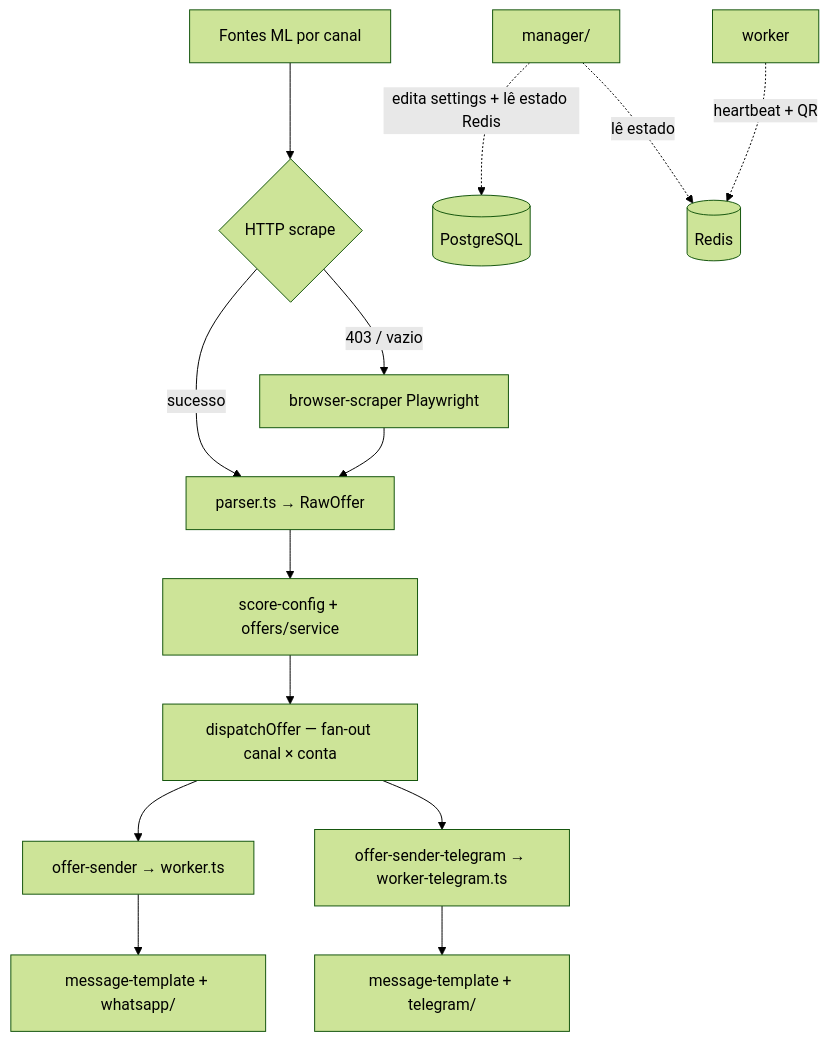
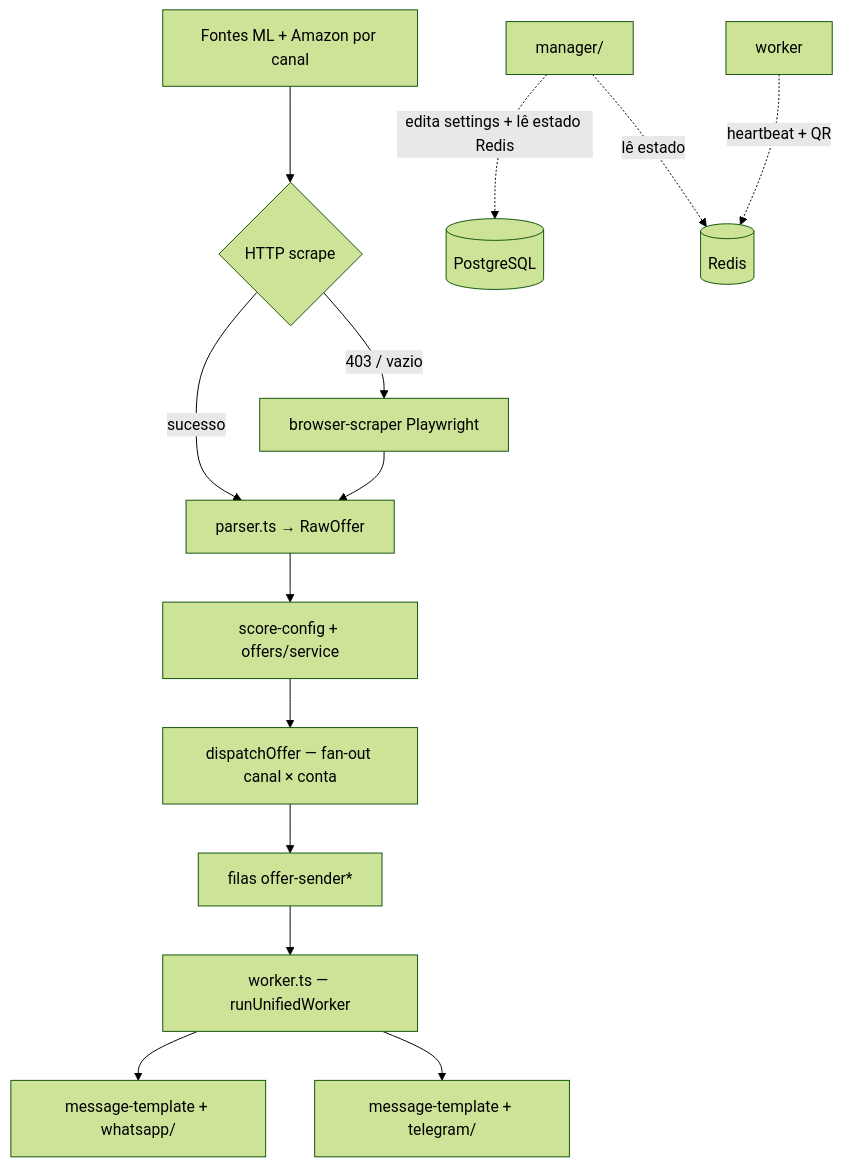
Before and after one commit to YoungC0DE/radar-ofertas: the diagram in .cursor/docs/architecture.md, drawn with Mermaid (forest theme). The commit also changed other lines of this file and 147 other files, not shown here.

````diff
--- a/.cursor/docs/architecture.md
+++ b/.cursor/docs/architecture.md
@@ -87,16 +95,16 @@
 ```mermaid
 flowchart TD
-    A[Fontes ML por canal] --> B{HTTP scrape}
+    A[Fontes ML + Amazon por canal] --> B{HTTP scrape}
     B -->|sucesso| C[parser.ts → RawOffer]
     B -->|403 / vazio| D[browser-scraper Playwright]
     D --> C
     C --> E[score-config + offers/service]
     E --> F[dispatchOffer — fan-out canal × conta]
-    F --> G[offer-sender → worker.ts]
-    F --> H[offer-sender-telegram → worker-telegram.ts]
-    G --> I[message-template + whatsapp/]
+    F --> G[filas offer-sender*]
+    G --> H[worker.ts — runUnifiedWorker]
+    H --> I[message-template + whatsapp/]
     H --> J[message-template + telegram/]
     K[manager/] -.->|edita settings + lê estado Redis| L[(PostgreSQL)]
     W[worker] -.->|heartbeat + QR| R[(Redis)]
     K -.->|lê estado| R
 ```
````
